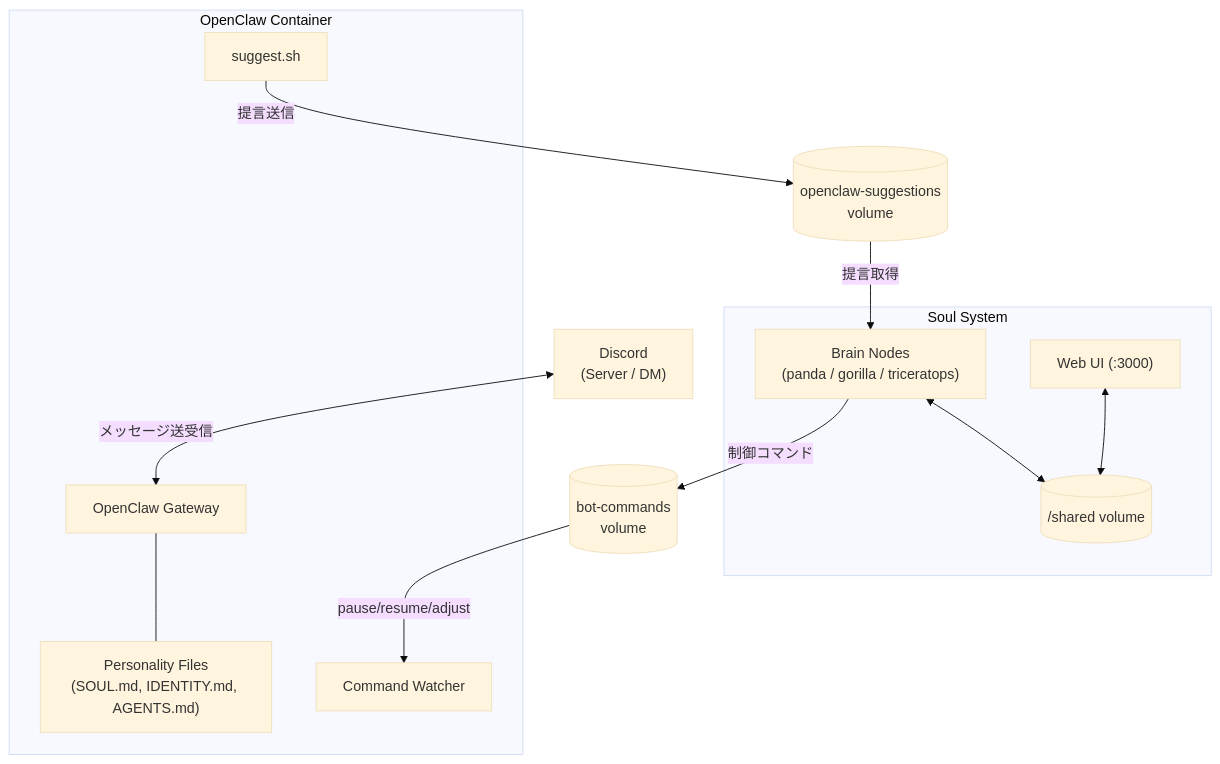
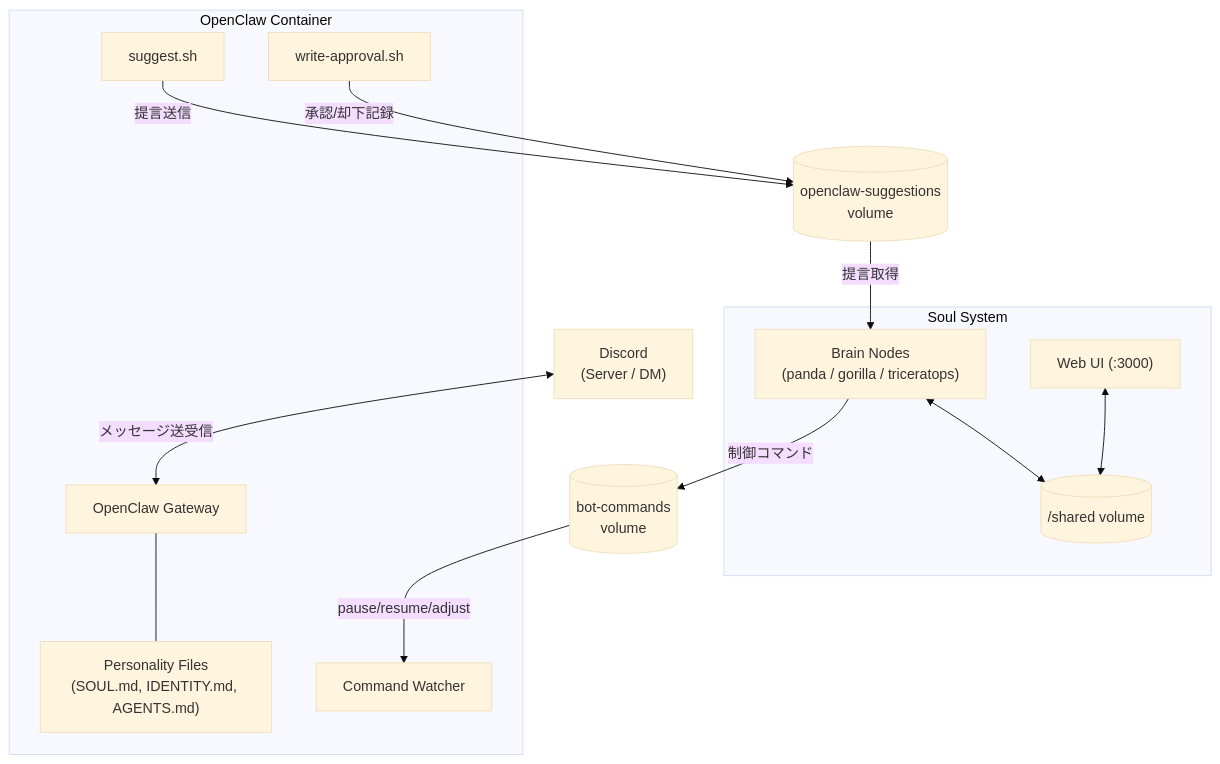
One commit to tamemasa/soul changed the diagram in README.md. Above: the diagram before and after it, drawn with Mermaid (base theme). The commit also changed other lines of this file, not shown here.

````diff
--- a/README.md
+++ b/README.md
@@ -88,26 +95,28 @@
 ```mermaid
 graph TB
     subgraph Soul System
         Brain["Brain Nodes<br/>(panda / gorilla / triceratops)"]
         WebUI["Web UI (:3000)"]
         Shared[("/shared volume")]
     end
 
     subgraph OpenClaw Container
         Gateway["OpenClaw Gateway"]
         Watcher["Command Watcher"]
         Suggest["suggest.sh"]
+        Approval["write-approval.sh"]
         Personality["Personality Files<br/>(SOUL.md, IDENTITY.md, AGENTS.md)"]
     end
 
     Discord["Discord<br/>(Server / DM)"]
 
     Discord <-->|メッセージ送受信| Gateway
     Gateway --- Personality
     Brain -->|制御コマンド| BotCmd[("bot-commands<br/>volume")]
     BotCmd -->|pause/resume/adjust| Watcher
     Suggest -->|提言送信| SugVol[("openclaw-suggestions<br/>volume")]
     SugVol -->|提言取得| Brain
+    Approval -->|承認/却下記録| SugVol
     Brain <--> Shared
     WebUI <--> Shared
 ```
````
